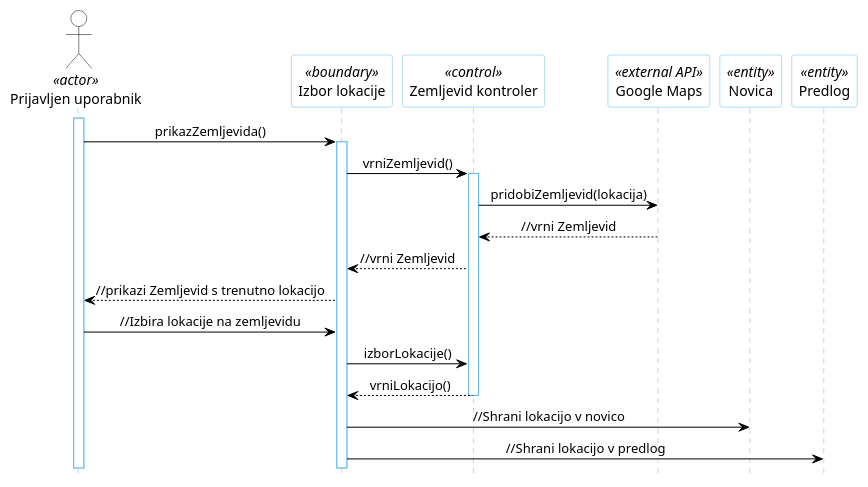
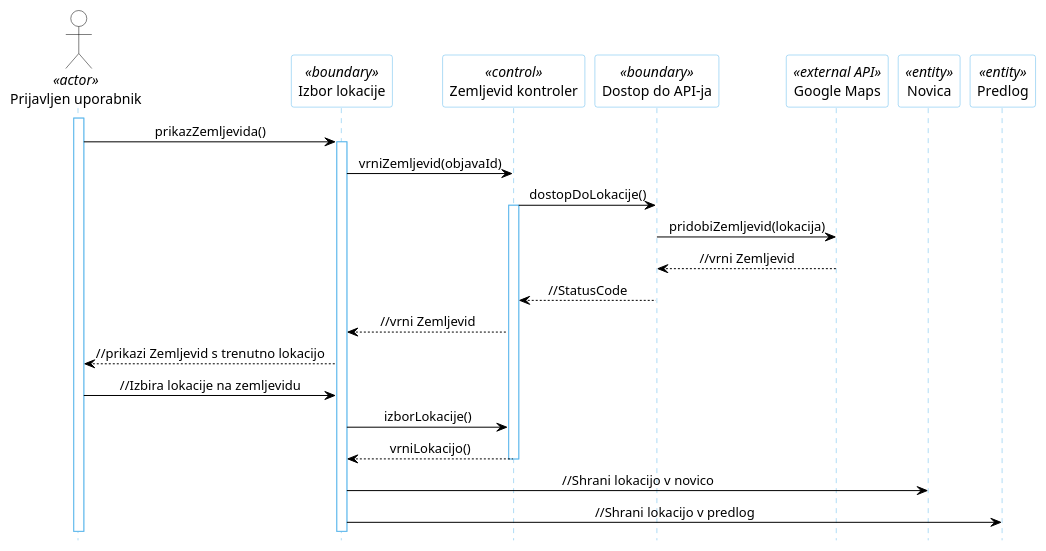
The diagram in docs/gradivo/plantuml/DZ/21a.puml (kupinah/test-tpo), drawn with PlantUML before and after one commit. The commit also changed 21 other files, not shown here.

```diff
--- a/docs/gradivo/plantuml/DZ/21a.puml
+++ b/docs/gradivo/plantuml/DZ/21a.puml
@@ -1,37 +1,40 @@
 @startuml
 hide footbox
 
 skinparam backgroundcolor transparent
 skinparam defaultTextAlignment center
 skinparam actorBorderColor black
 skinparam actorBackgroundColor white
 skinparam arrowColor black  
 skinparam sequenceLifeLineBorderColor #5FB8EC
 skinparam sequenceParticipantBorderColor #5FB8EC
 skinparam sequenceParticipantBackgroundColor white
 
 actor "Prijavljen uporabnik" as U1 <<actor>>
 
 participant "Izbor lokacije" as R5 <<boundary>>
 participant "Zemljevid kontroler" as R2 <<control>>
+participant "Dostop do API-ja" as R6 <<boundary>>
 participant "Google Maps" as R4 <<external API>>
 participant "Novica" as R7 <<entity>>
 participant "Predlog" as R8 <<entity>>
 
 
 activate U1
 U1 -> R5: prikazZemljevida()
 activate R5
-R5 -> R2: vrniZemljevid()
+R5 -> R2: vrniZemljevid(objavaId)
+R2 -> R6: dostopDoLokacije()
 activate R2
-R2 -> R4: pridobiZemljevid(lokacija)
-R4 --> R2: //vrni Zemljevid
+R6 -> R4: pridobiZemljevid(lokacija)
+R4 --> R6: //vrni Zemljevid
+R6 --> R2: //StatusCode
 R2 --> R5: //vrni Zemljevid
 R5 --> U1: //prikazi Zemljevid s trenutno lokacijo
 U1 -> R5: //Izbira lokacije na zemljevidu
 R5 -> R2: izborLokacije()
 R2 --> R5: vrniLokacijo()
 deactivate R2
 R5 -> R7: //Shrani lokacijo v novico
 R5 -> R8: //Shrani lokacijo v predlog
 @enduml
```
